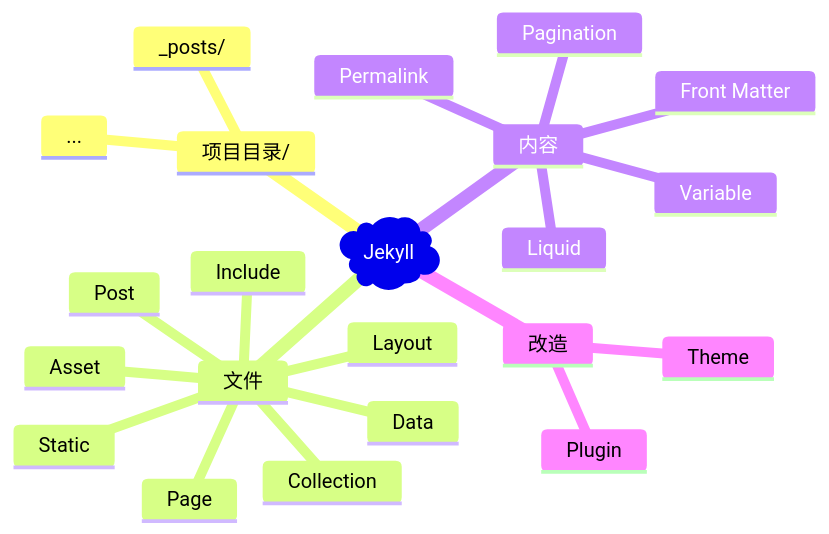
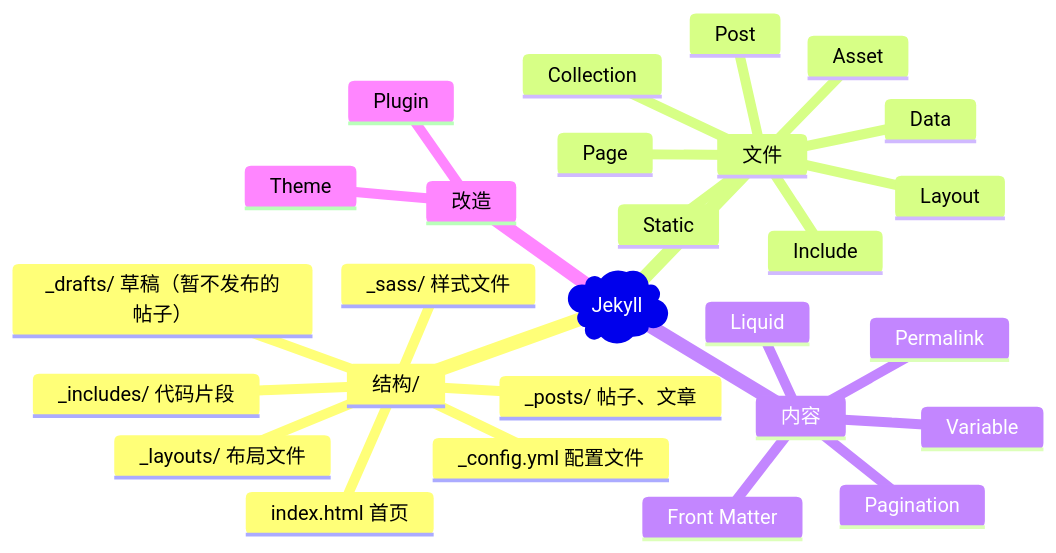
Before and after one commit to nanhualyq/nanhualyq.github.io: the diagram in _posts/2024-01-19-jekyll.md, drawn with Mermaid. The commit also changed other lines of this file, not shown here.

```diff
--- a/_posts/2024-01-19-jekyll.md
+++ b/_posts/2024-01-19-jekyll.md
@@ -16,25 +16,30 @@
 <pre class="mermaid">
 mindmap
 	Root)Jekyll(
-		项目目录/
-			_posts/
-			...
+		结构/
+			index.html 首页
+			_config.yml 配置文件
+			_posts/ 帖子、文章
+			_drafts/ 草稿（暂不发布的帖子）
+			_includes/ 代码片段
+			_layouts/ 布局文件
+			_sass/ 样式文件
 		文件
 			Page
 			Post
 			Collection
 			Data
 			Asset
 			Static
 			Include
 			Layout
 		内容
 			Front Matter
 			Liquid
 			Variable
 			Permalink
 			Pagination
 		改造
 			Theme
 			Plugin
 </pre>
```
